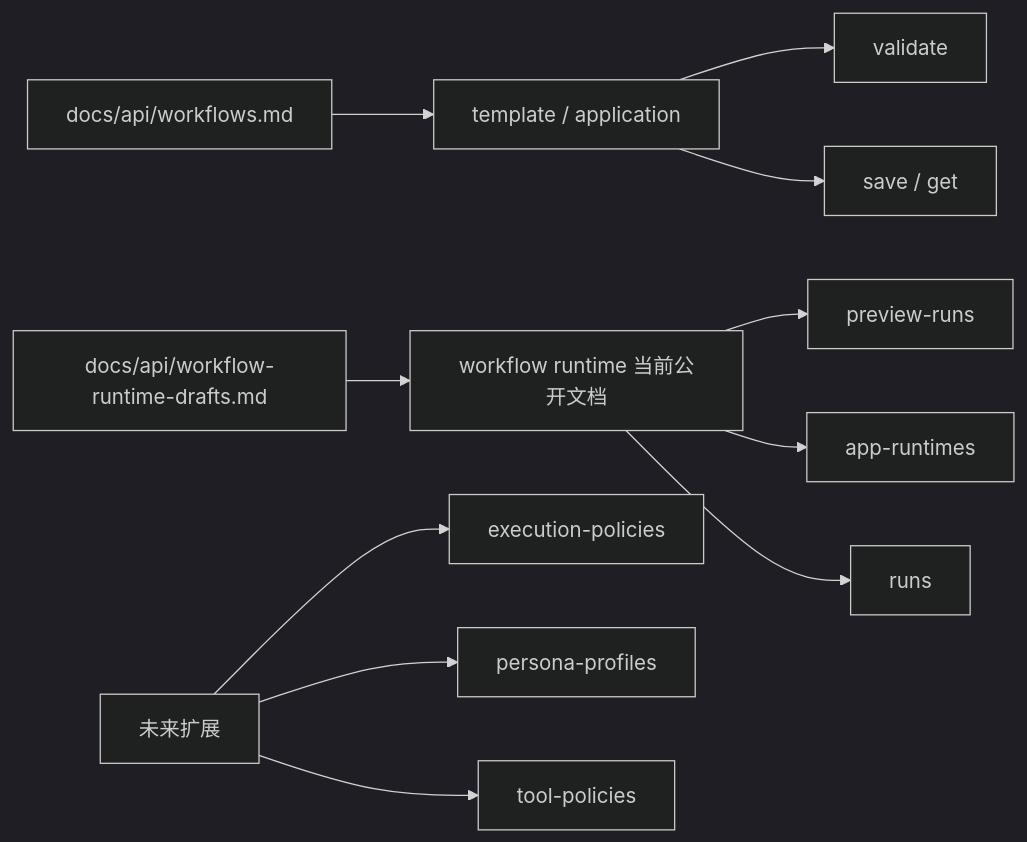
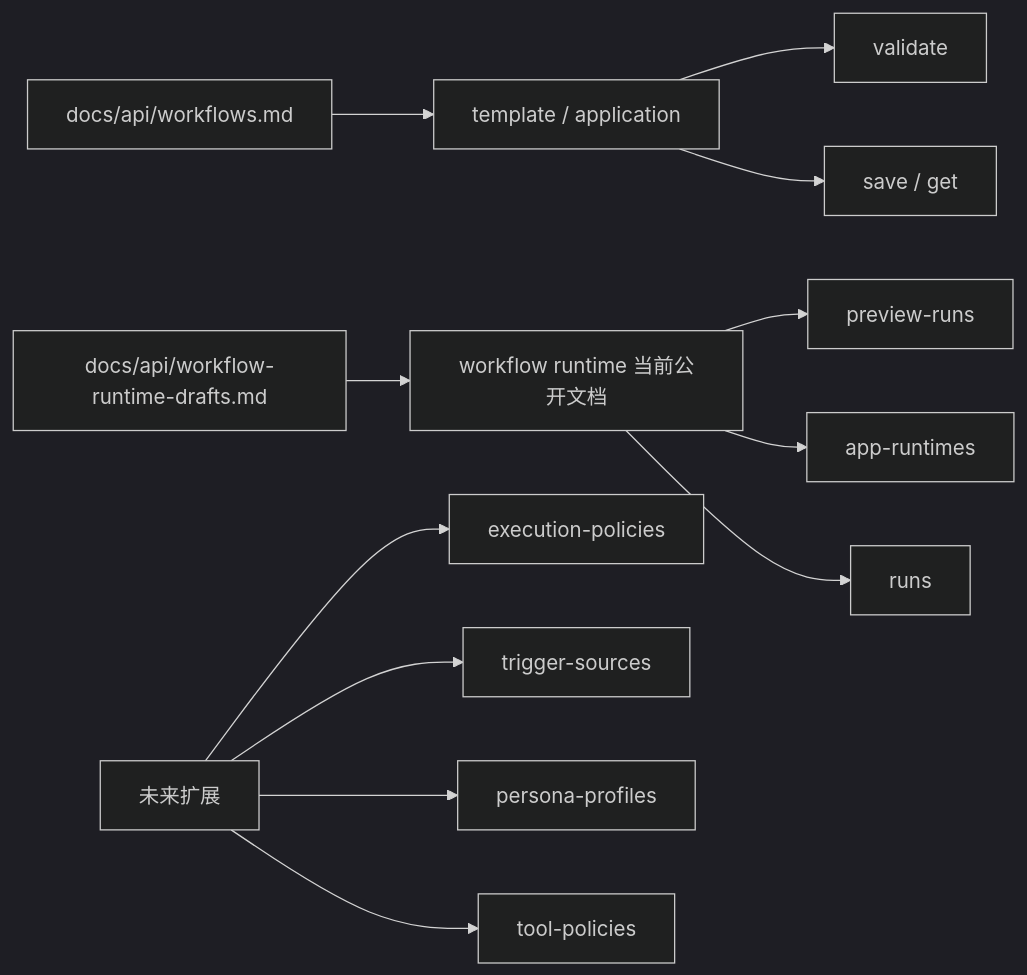
Before and after one commit to ammm56/amvision: the diagram in docs/api/workflow-runtime-drafts.md, drawn with Mermaid (dark theme). The commit also changed other lines of this file and 25 other files, not shown here.

````diff
--- a/docs/api/workflow-runtime-drafts.md
+++ b/docs/api/workflow-runtime-drafts.md
@@ -18,15 +19,16 @@
 ```mermaid
 flowchart LR
 	A[docs/api/workflows.md] --> A1[template / application]
 	A1 --> A2[validate]
 	A1 --> A3[save / get]
 
 	B[docs/api/workflow-runtime-drafts.md] --> B1[workflow runtime 当前公开文档]
 	B1 --> B2[preview-runs]
 	B1 --> B3[app-runtimes]
 	B1 --> B4[runs]
 
 	C[未来扩展] --> C1[execution-policies]
+	C --> C4[trigger-sources]
 	C --> C2[persona-profiles]
 	C --> C3[tool-policies]
 ```
````
